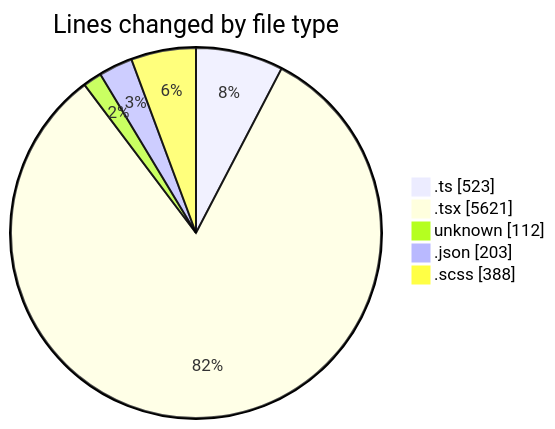
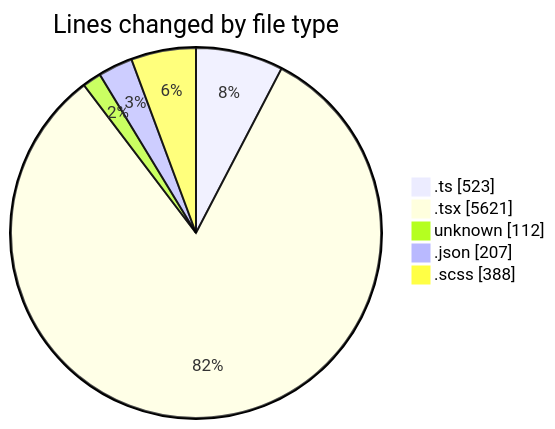
Before and after one commit to momahboobian/code-tracking: the first of 2 diagrams in 2026-04-29/cda/README.md, drawn with Mermaid. The commit also changed other lines of this file and 1 other file, not shown here.

````diff
--- a/2026-04-29/cda/README.md
+++ b/2026-04-29/cda/README.md
@@ -53,9 +53,9 @@
 ```mermaid
 pie showData
 title Lines changed by file type
 ".ts" : 523
 ".tsx" : 5621
 "unknown" : 112
-".json" : 203
+".json" : 207
 ".scss" : 388
 ```
````
